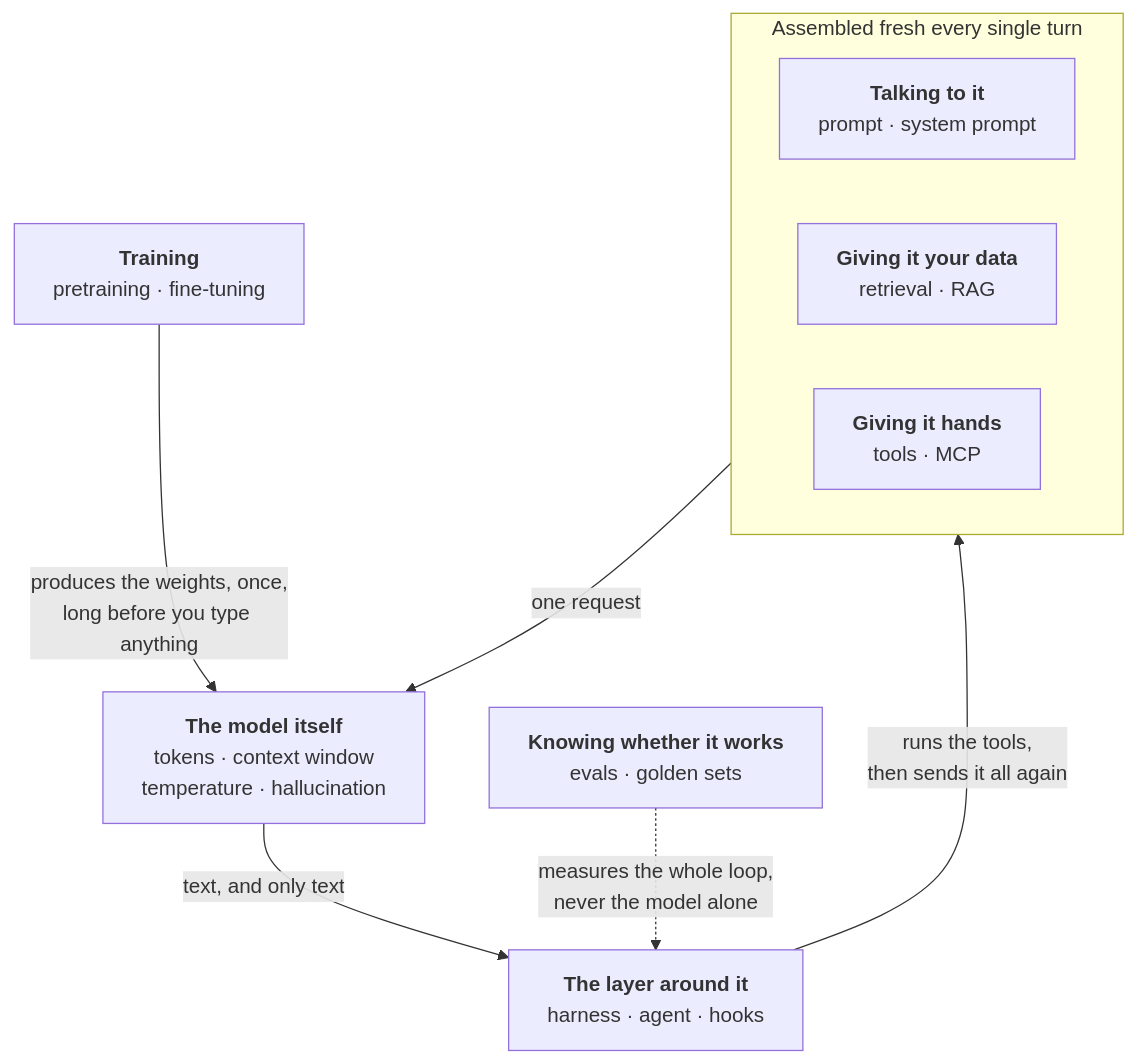
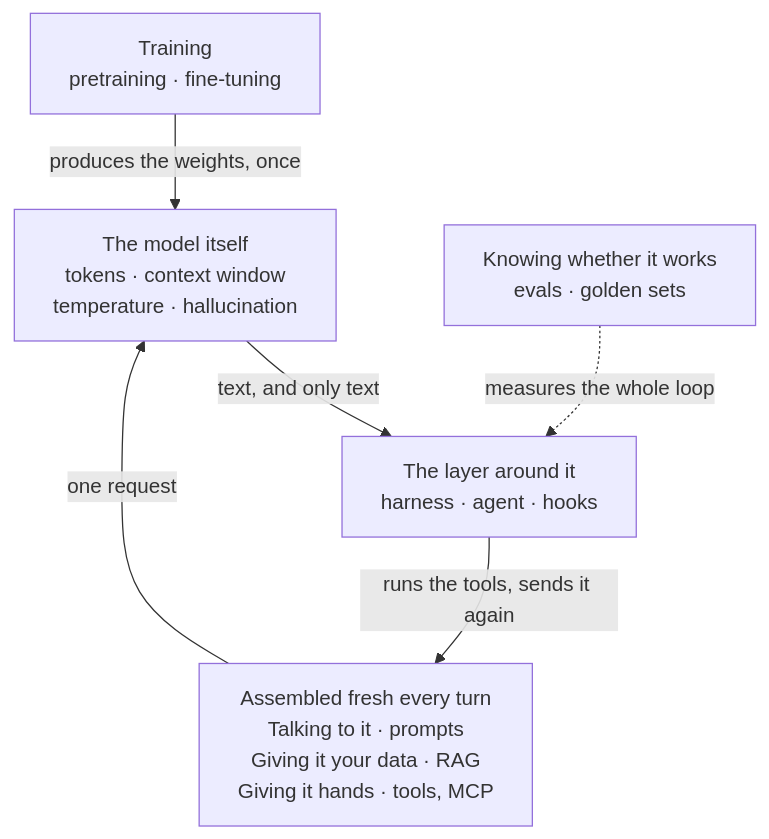
One commit to riddam/riddam.github.io changed the diagram in src/content/engineering/the-ai-vocabulary.md. Above: the diagram before and after it, drawn with Mermaid. The commit also changed other lines of this file and 1 other file, not shown here.

Commit message:
Vocabulary map: drop the subgraph that made it overflow the column
The map rendered, but far wider than the content column -- mermaid's
top-down layout puts a subgraph with both an incoming and an outgoing
edge in its own column and spreads everything sideways. Replaced with a
flat five-node chain: same information, fits the column, no horizontal
scrolling.

Two other things this turned up:

- mermaid-syntax.test.ts was validating with securityLevel 'loose' while
  the site runs mermaid's default 'strict'. Now mirrors Base.astro, so a
  diagram cannot pass the test under config the site does not use.
- The caption claimed the boxes were 'in the order they appear below'.
  They are not, and were not going to be. Cut the claim.

Verified in a real browser on the production build: all 13 diagrams
across the seven posts render as SVG in both light and dark themes.

````diff
--- a/src/content/engineering/the-ai-vocabulary.md
+++ b/src/content/engineering/the-ai-vocabulary.md
@@ -49,16 +49,14 @@
 ```mermaid
 flowchart TD
-  T["<b>Training</b><br/>pretraining · fine-tuning"]
-  T -- "produces the weights, once,<br/>long before you type anything" --> M
+  T["Training<br/>pretraining · fine-tuning"]
+  R["Assembled fresh every turn<br/>Talking to it · prompts<br/>Giving it your data · RAG<br/>Giving it hands · tools, MCP"]
+  M["The model itself<br/>tokens · context window<br/>temperature · hallucination"]
+  L["The layer around it<br/>harness · agent · hooks"]
+  E["Knowing whether it works<br/>evals · golden sets"]
 
-  subgraph REQ["Assembled fresh every single turn"]
-    P["<b>Talking to it</b><br/>prompt · system prompt"]
-    D["<b>Giving it your data</b><br/>retrieval · RAG"]
-    H["<b>Giving it hands</b><br/>tools · MCP"]
-  end
-
-  REQ -- "one request" --> M["<b>The model itself</b><br/>tokens · context window<br/>temperature · hallucination"]
-  M -- "text, and only text" --> L["<b>The layer around it</b><br/>harness · agent · hooks"]
-  L -- "runs the tools,<br/>then sends it all again" --> REQ
-  E["<b>Knowing whether it works</b><br/>evals · golden sets"] -. "measures the whole loop,<br/>never the model alone" .-> L
+  T -- "produces the weights, once" --> M
+  R -- "one request" --> M
+  M -- "text, and only text" --> L
+  L -- "runs the tools, sends it again" --> R
+  E -. "measures the whole loop" .-> L
 ```
````
